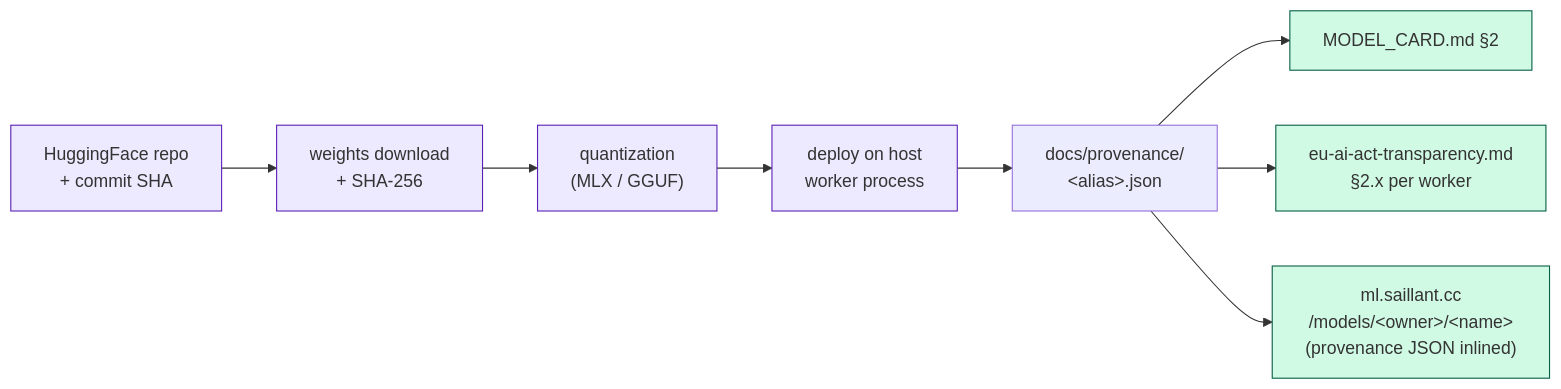
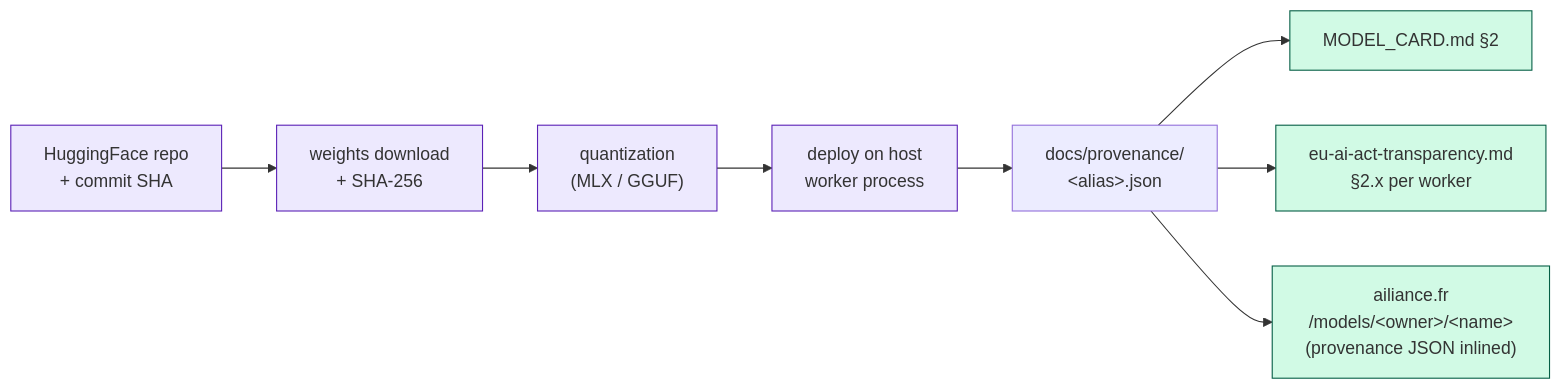
One commit to ailiance/ailiance changed the fifth of 6 diagrams in README.md. Above: the diagram before and after it, drawn with Mermaid. The commit also changed other lines of this file and 87 other files, not shown here.

````diff
--- a/README.md
+++ b/README.md
@@ -265,17 +265,17 @@
 ```mermaid
 flowchart LR
     HF["HuggingFace repo<br/>+ commit SHA"] --> DL
     DL["weights download<br/>+ SHA-256"] --> CONV
     CONV["quantization<br/>(MLX / GGUF)"] --> DEPLOY
     DEPLOY["deploy on host<br/>worker process"] --> JSON
 
     JSON["docs/provenance/<br/>&lt;alias&gt;.json"]
     JSON --> CARD["MODEL_CARD.md §2"]
     JSON --> DOSSIER["eu-ai-act-transparency.md<br/>§2.x per worker"]
-    JSON --> SPA["ml.saillant.cc<br/>/models/&lt;owner&gt;/&lt;name&gt;<br/>(provenance JSON inlined)"]
+    JSON --> SPA["ailiance.fr<br/>/models/&lt;owner&gt;/&lt;name&gt;<br/>(provenance JSON inlined)"]
 
     classDef step fill:#ede9fe,stroke:#5b21b6
     classDef sink fill:#d1fae5,stroke:#065f46
     class HF,DL,CONV,DEPLOY step
     class CARD,DOSSIER,SPA sink
 ```
````
